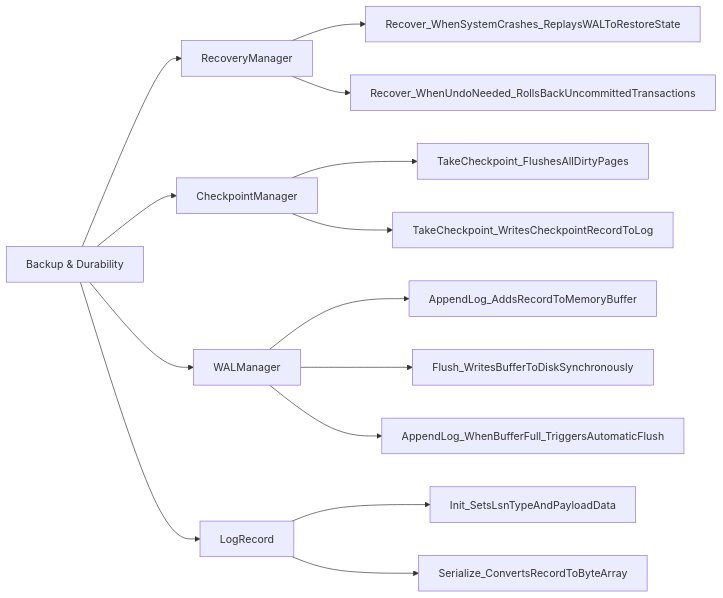
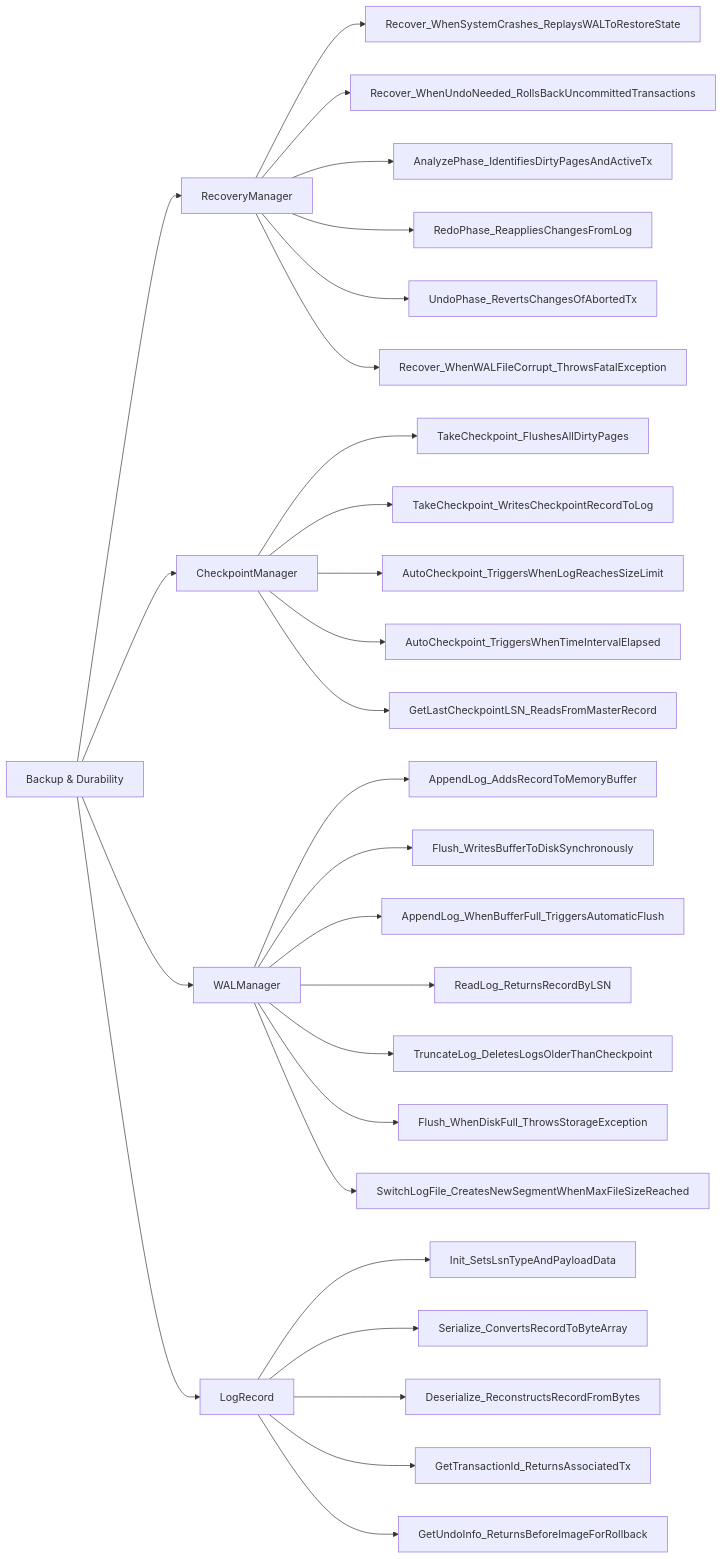
One commit to TamBui1706/DBMS changed diagram 15 of 16 in README.md. Above: the diagram before and after it, drawn with Mermaid. The commit also changed other lines of this file and 3 other files, not shown here.

````diff
--- a/README.md
+++ b/README.md
@@ -929,17 +1104,31 @@
 ```mermaid
 graph LR
     S5["Backup & Durability"]
     S5 --> C5_0["RecoveryManager"]
     C5_0 --> T5_0_0["Recover_WhenSystemCrashes_ReplaysWALToRestoreState"]
     C5_0 --> T5_0_1["Recover_WhenUndoNeeded_RollsBackUncommittedTransactions"]
+    C5_0 --> T5_0_2["AnalyzePhase_IdentifiesDirtyPagesAndActiveTx"]
+    C5_0 --> T5_0_3["RedoPhase_ReappliesChangesFromLog"]
+    C5_0 --> T5_0_4["UndoPhase_RevertsChangesOfAbortedTx"]
+    C5_0 --> T5_0_5["Recover_WhenWALFileCorrupt_ThrowsFatalException"]
     S5 --> C5_1["CheckpointManager"]
     C5_1 --> T5_1_0["TakeCheckpoint_FlushesAllDirtyPages"]
     C5_1 --> T5_1_1["TakeCheckpoint_WritesCheckpointRecordToLog"]
+    C5_1 --> T5_1_2["AutoCheckpoint_TriggersWhenLogReachesSizeLimit"]
+    C5_1 --> T5_1_3["AutoCheckpoint_TriggersWhenTimeIntervalElapsed"]
+    C5_1 --> T5_1_4["GetLastCheckpointLSN_ReadsFromMasterRecord"]
     S5 --> C5_2["WALManager"]
     C5_2 --> T5_2_0["AppendLog_AddsRecordToMemoryBuffer"]
     C5_2 --> T5_2_1["Flush_WritesBufferToDiskSynchronously"]
     C5_2 --> T5_2_2["AppendLog_WhenBufferFull_TriggersAutomaticFlush"]
+    C5_2 --> T5_2_3["ReadLog_ReturnsRecordByLSN"]
+    C5_2 --> T5_2_4["TruncateLog_DeletesLogsOlderThanCheckpoint"]
+    C5_2 --> T5_2_5["Flush_WhenDiskFull_ThrowsStorageException"]
+    C5_2 --> T5_2_6["SwitchLogFile_CreatesNewSegmentWhenMaxFileSizeReached"]
     S5 --> C5_3["LogRecord"]
     C5_3 --> T5_3_0["Init_SetsLsnTypeAndPayloadData"]
     C5_3 --> T5_3_1["Serialize_ConvertsRecordToByteArray"]
+    C5_3 --> T5_3_2["Deserialize_ReconstructsRecordFromBytes"]
+    C5_3 --> T5_3_3["GetTransactionId_ReturnsAssociatedTx"]
+    C5_3 --> T5_3_4["GetUndoInfo_ReturnsBeforeImageForRollback"]
 ```
````
